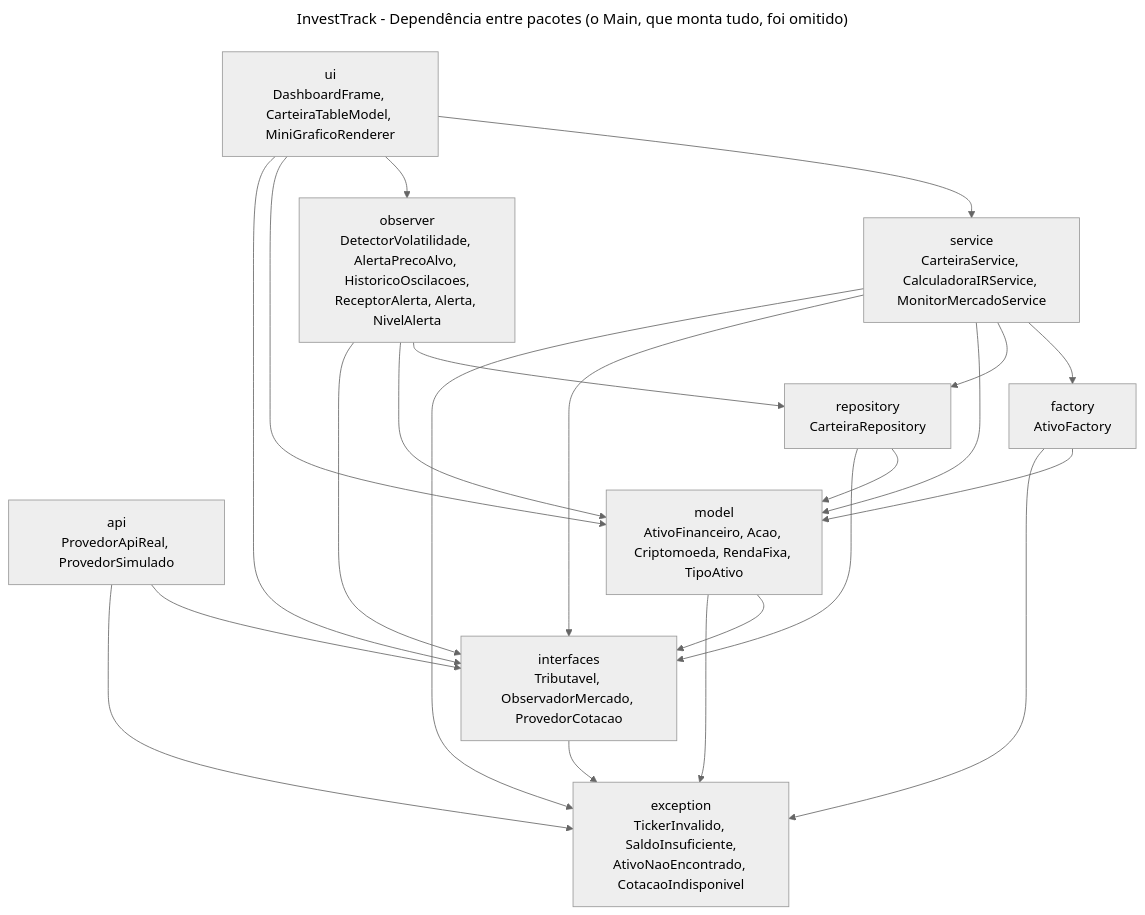
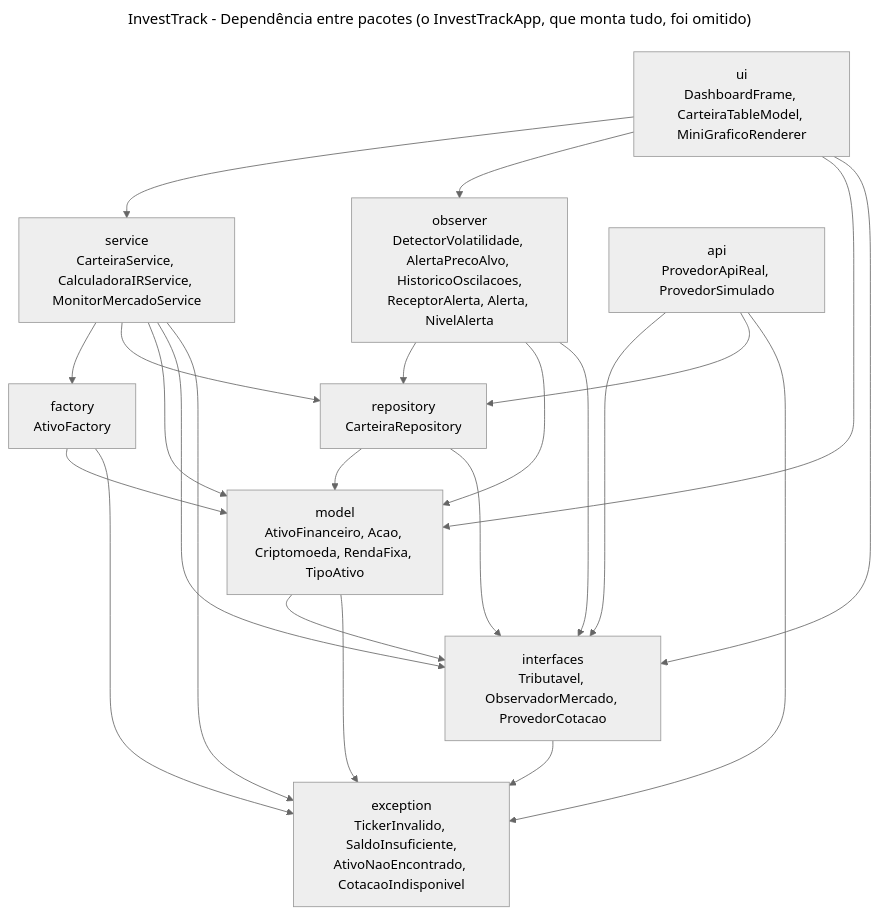
The diagram in UML/pacotes.mmd (GabrielHRM/Investrack), drawn with Mermaid (neutral theme) before and after one commit. The commit also changed 13 other files, not shown here.

```diff
--- a/UML/pacotes.mmd
+++ b/UML/pacotes.mmd
@@ -1,42 +1,43 @@
 ---
-title: InvestTrack - Dependência entre pacotes (o Main, que monta tudo, foi omitido)
+title: InvestTrack - Dependência entre pacotes (o InvestTrackApp, que monta tudo, foi omitido)
 ---
 flowchart TD
     ui["ui<br/>DashboardFrame, CarteiraTableModel, MiniGraficoRenderer"]
     service["service<br/>CarteiraService, CalculadoraIRService, MonitorMercadoService"]
     observer["observer<br/>DetectorVolatilidade, AlertaPrecoAlvo, HistoricoOscilacoes,<br/>ReceptorAlerta, Alerta, NivelAlerta"]
     api["api<br/>ProvedorApiReal, ProvedorSimulado"]
     factory["factory<br/>AtivoFactory"]
     repository["repository<br/>CarteiraRepository"]
     model["model<br/>AtivoFinanceiro, Acao, Criptomoeda, RendaFixa, TipoAtivo"]
     interfaces["interfaces<br/>Tributavel, ObservadorMercado, ProvedorCotacao"]
     exception["exception<br/>TickerInvalido, SaldoInsuficiente,<br/>AtivoNaoEncontrado, CotacaoIndisponivel"]
 
     ui --> service
     ui --> observer
     ui --> model
     ui --> interfaces
 
     service --> factory
     service --> repository
     service --> model
     service --> interfaces
     service --> exception
 
     observer --> repository
     observer --> model
     observer --> interfaces
 
     api --> interfaces
+    api --> repository
     api --> exception
 
     factory --> model
     factory --> exception
 
     repository --> model
     repository --> interfaces
 
     model --> interfaces
     model --> exception
 
     interfaces --> exception
```
